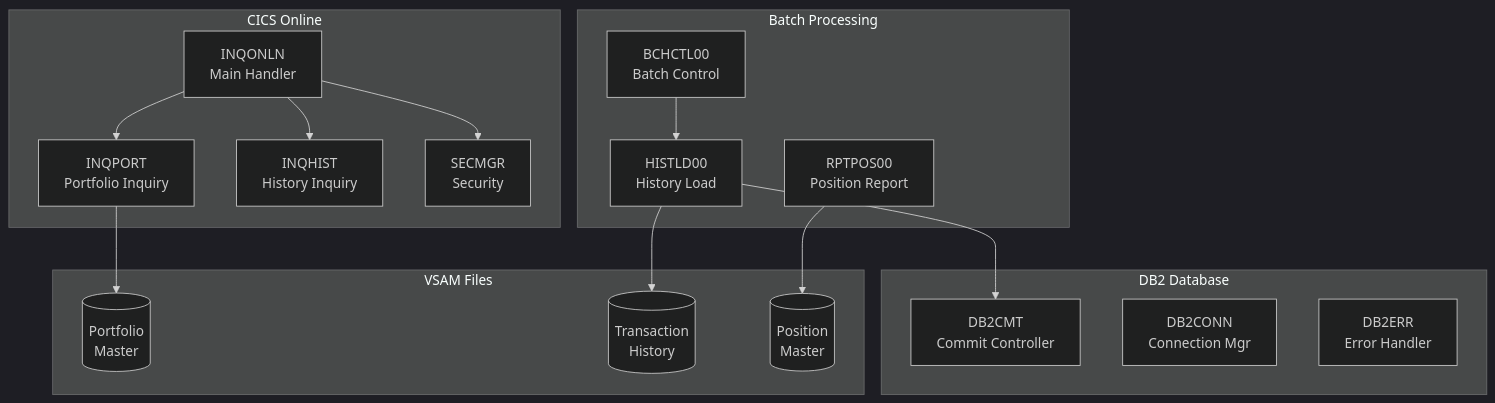
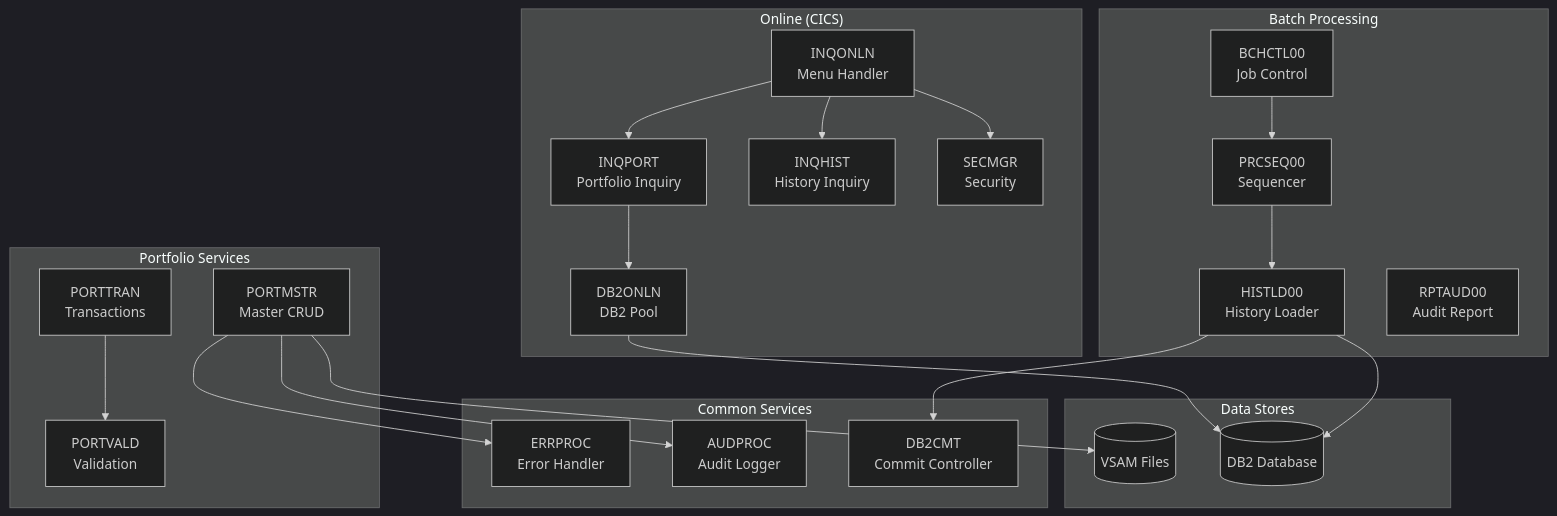
Before and after one commit to haladir-com/legacy-benchmark-docs-vb70e1: the diagram in docs/intro.mdx, drawn with Mermaid (dark theme). The commit also changed other lines of this file and 63 other files, not shown here.

````diff
--- a/docs/intro.mdx
+++ b/docs/intro.mdx
@@ -23,38 +112,51 @@
 ```mermaid
 graph TB
-    subgraph Online["CICS Online"]
-        INQONLN[INQONLN<br/>Main Handler]
+    subgraph "Online (CICS)"
+        INQONLN[INQONLN<br/>Menu Handler]
         INQPORT[INQPORT<br/>Portfolio Inquiry]
         INQHIST[INQHIST<br/>History Inquiry]
         SECMGR[SECMGR<br/>Security]
+        DB2ONLN[DB2ONLN<br/>DB2 Pool]
     end
-    
-    subgraph Batch["Batch Processing"]
-        BCHCTL00[BCHCTL00<br/>Batch Control]
-        HISTLD00[HISTLD00<br/>History Load]
-        RPTPOS00[RPTPOS00<br/>Position Report]
+
+    subgraph "Batch Processing"
+        BCHCTL00[BCHCTL00<br/>Job Control]
+        PRCSEQ00[PRCSEQ00<br/>Sequencer]
+        HISTLD00[HISTLD00<br/>History Loader]
+        RPTAUD00[RPTAUD00<br/>Audit Report]
     end
-    
-    subgraph Database["DB2 Database"]
+
+    subgraph "Portfolio Services"
+        PORTMSTR[PORTMSTR<br/>Master CRUD]
+        PORTTRAN[PORTTRAN<br/>Transactions]
+        PORTVALD[PORTVALD<br/>Validation]
+    end
+
+    subgraph "Common Services"
+        ERRPROC[ERRPROC<br/>Error Handler]
+        AUDPROC[AUDPROC<br/>Audit Logger]
         DB2CMT[DB2CMT<br/>Commit Controller]
-        DB2CONN[DB2CONN<br/>Connection Mgr]
-        DB2ERR[DB2ERR<br/>Error Handler]
     end
-    
-    subgraph Files["VSAM Files"]
-        PORTFILE[(Portfolio<br/>Master)]
-        TRANFILE[(Transaction<br/>History)]
-        POSFILE[(Position<br/>Master)]
+
+    subgraph "Data Stores"
+        VSAM[(VSAM Files)]
+        DB2[(DB2 Database)]
     end
-    
+
     INQONLN --> INQPORT
     INQONLN --> INQHIST
     INQONLN --> SECMGR
+    INQPORT --> DB2ONLN
     
-    BCHCTL00 --> HISTLD00
+    BCHCTL00 --> PRCSEQ00
+    PRCSEQ00 --> HISTLD00
     HISTLD00 --> DB2CMT
     
-    INQPORT --> PORTFILE
-    HISTLD00 --> TRANFILE
-    RPTPOS00 --> POSFILE
+    PORTMSTR --> ERRPROC
+    PORTMSTR --> AUDPROC
+    PORTTRAN --> PORTVALD
+
+    PORTMSTR --> VSAM
+    HISTLD00 --> DB2
+    DB2ONLN --> DB2
 ```
````
